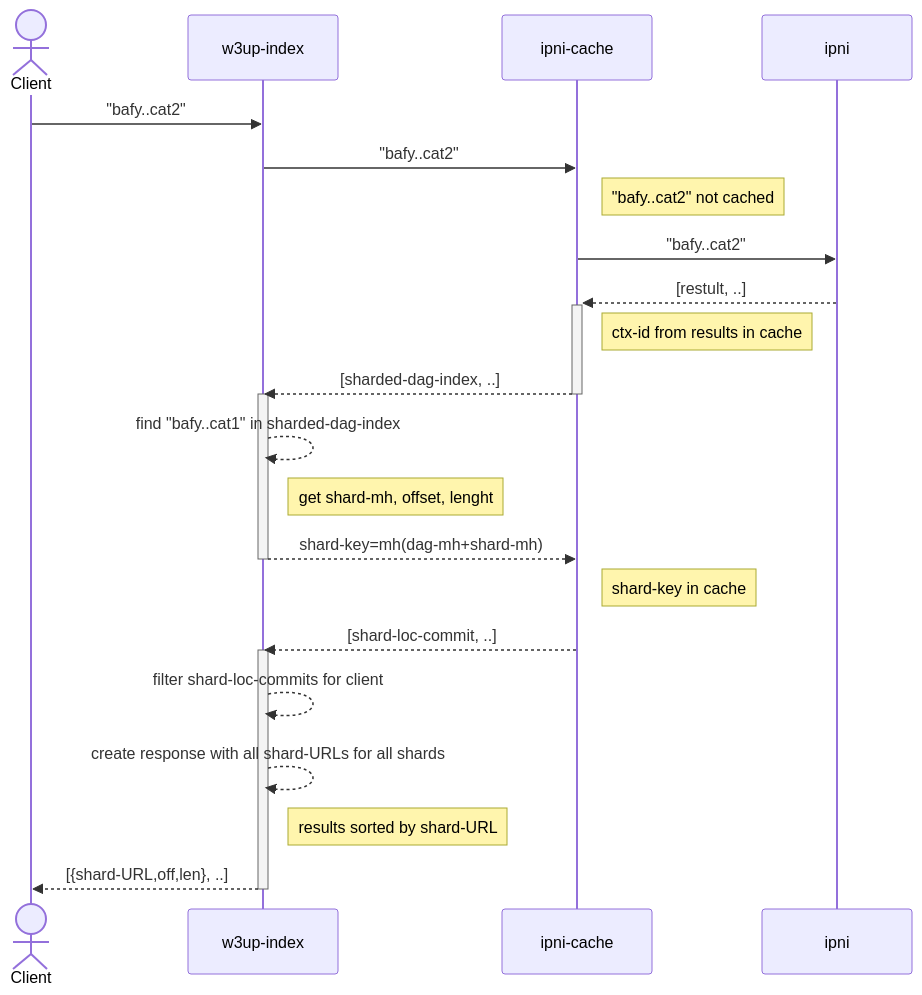
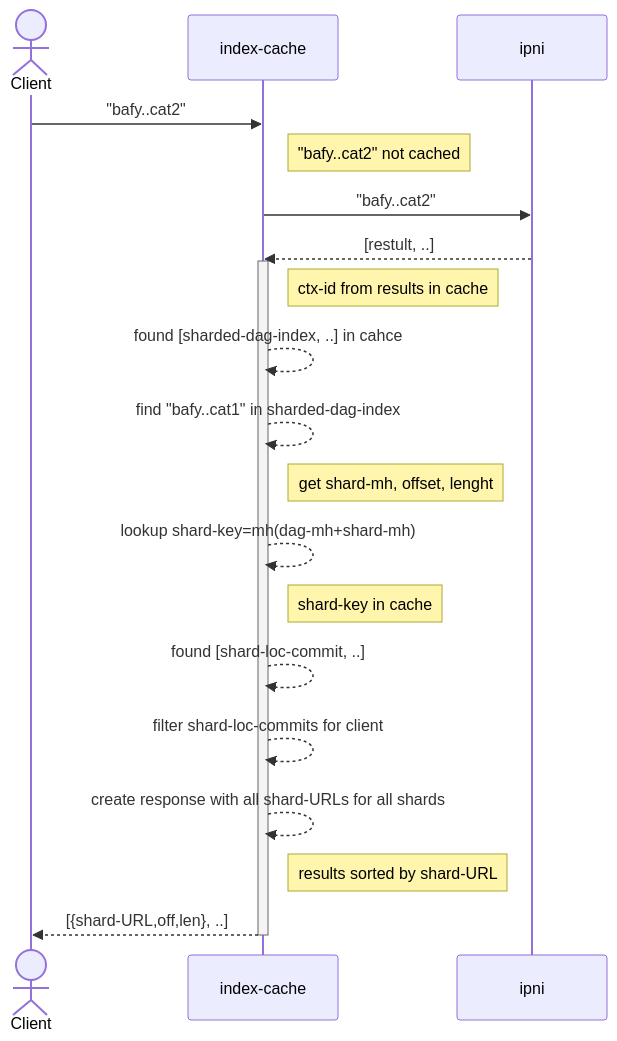
The third of 3 diagrams in rfc/indexing-design.md (storacha/RFC), drawn with Mermaid before and after one commit. The commit also changed other lines of this file, not shown here.

Commit message:
Combine w3up-index and ipni-cache

````diff
--- a/rfc/indexing-design.md
+++ b/rfc/indexing-design.md
@@ -140,24 +133,21 @@
 ```mermaid
 sequenceDiagram
     actor Client
-    Client->>w3up-index: "bafy..cat2"
-    w3up-index->>ipni-cache: "bafy..cat2"
-    Note right of ipni-cache: "bafy..cat2" not cached
-    ipni-cache->>ipni: "bafy..cat2"
-    ipni-->>+ipni-cache: [restult, ..]
-    Note right of ipni-cache: ctx-id from results in cache
-    ipni-cache-->>-w3up-index: [sharded-dag-index, ..]
-    activate w3up-index
-    w3up-index-->>w3up-index: find "bafy..cat1" in sharded-dag-index
-    Note right of w3up-index: get shard-mh, offset, lenght
-    w3up-index-->>ipni-cache: shard-key=mh(dag-mh+shard-mh)
-    deactivate w3up-index
-    Note right of ipni-cache: shard-key in cache
-    ipni-cache-->>w3up-index: [shard-loc-commit, ..]
-    activate w3up-index
-    w3up-index-->>w3up-index: filter shard-loc-commits for client
-    w3up-index-->>w3up-index: create response with all shard-URLs for all shards
-    Note right of w3up-index: results sorted by shard-URL
-    w3up-index-->>Client: [{shard-URL,off,len}, ..]
-    deactivate w3up-index    
+    Client->>index-cache: "bafy..cat2"
+    Note right of index-cache: "bafy..cat2" not cached
+    index-cache->>ipni: "bafy..cat2"
+    ipni-->>index-cache: [restult, ..]
+    activate index-cache
+    Note right of index-cache: ctx-id from results in cache
+    index-cache-->>index-cache: found [sharded-dag-index, ..] in cahce
+    index-cache-->>index-cache: find "bafy..cat1" in sharded-dag-index
+    Note right of index-cache: get shard-mh, offset, lenght
+    index-cache-->>index-cache: lookup shard-key=mh(dag-mh+shard-mh)
+    Note right of index-cache: shard-key in cache
+    index-cache-->>index-cache: found [shard-loc-commit, ..]
+    index-cache-->>index-cache: filter shard-loc-commits for client
+    index-cache-->>index-cache: create response with all shard-URLs for all shards
+    Note right of index-cache: results sorted by shard-URL
+    index-cache-->>Client: [{shard-URL,off,len}, ..]
+    deactivate index-cache
 ```
````
